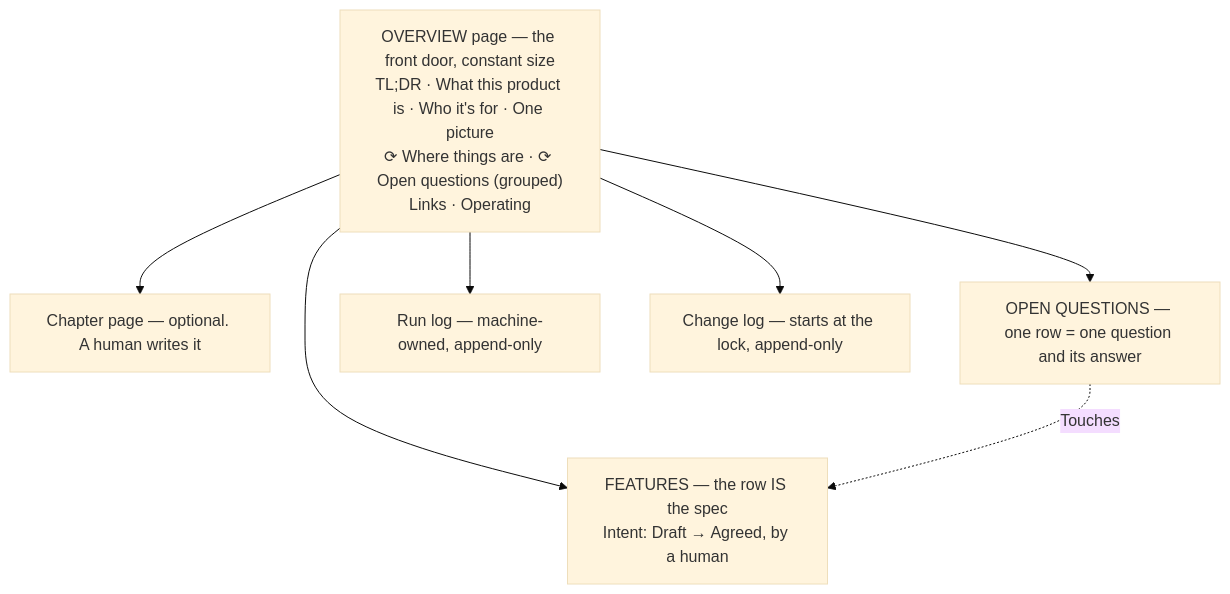
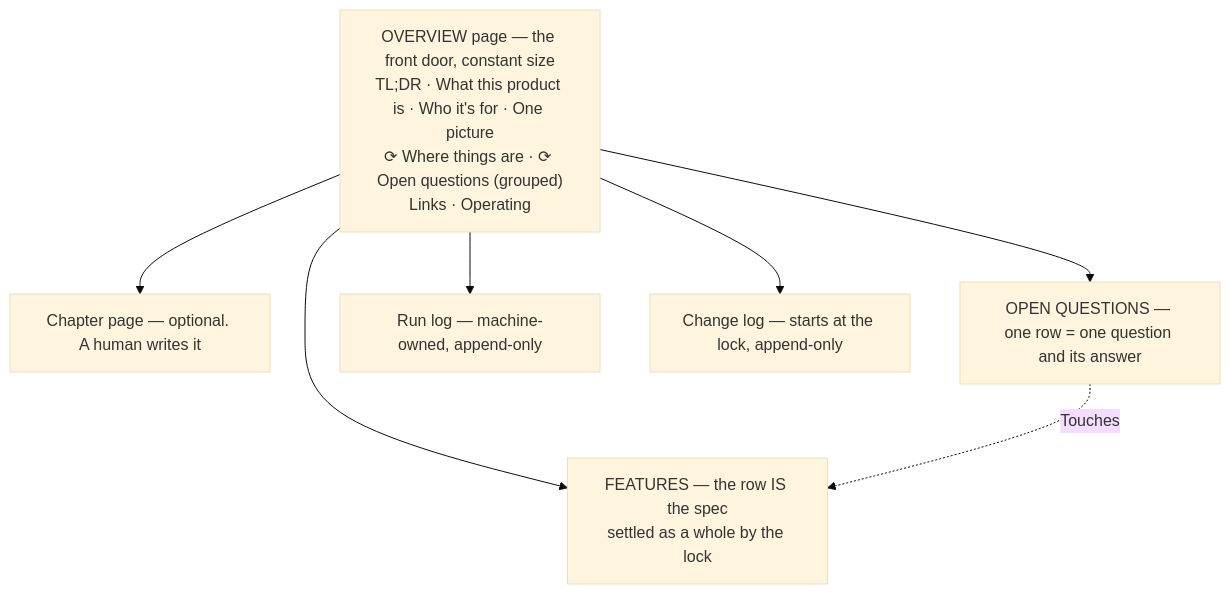
One commit to Simas-Zurauskas/blueprint changed the diagram in spec/doc-shape.md. Above: the diagram before and after it, drawn with Mermaid (base theme). The commit also changed other lines of this file and 15 other files, not shown here.

````diff
--- a/spec/doc-shape.md
+++ b/spec/doc-shape.md
@@ -32,15 +32,15 @@
 ```mermaid
 graph TD
   R["OVERVIEW page — the front door, constant size<br/>TL;DR · What this product is · Who it's for · One picture<br/>⟳ Where things are · ⟳ Open questions (grouped)<br/>Links · Operating"]
   C["Chapter page — optional. A human writes it"]
-  F["FEATURES — the row IS the spec<br/>Intent: Draft → Agreed, by a human"]
+  F["FEATURES — the row IS the spec<br/>settled as a whole by the lock"]
   Q["OPEN QUESTIONS — one row = one question and its answer"]
   L["Run log — machine-owned, append-only"]
   BL["Change log — starts at the lock, append-only"]
   R --> C
   R --> F
   R --> Q
   R --> L
   R --> BL
   Q -. "Touches" .-> F
 ```
````
